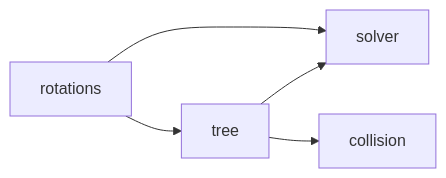
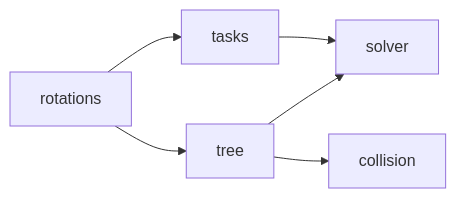
The diagram in docs/api/kinematics.md (Geonhee-LEE/aiworker-mj-lab), drawn with Mermaid before and after one commit. The commit also changed other lines of this file and 16 other files, not shown here.

````diff
--- a/docs/api/kinematics.md
+++ b/docs/api/kinematics.md
@@ -14,7 +15,8 @@
 ```mermaid
 flowchart LR
-    R["rotations"] --> T["tree"]
+    R["rotations"] --> P["tasks"]
+    R --> T["tree"]
+    P --> S["solver"]
     T --> S["solver"]
     T --> C["collision"]
-    R --> S
 ```
````
